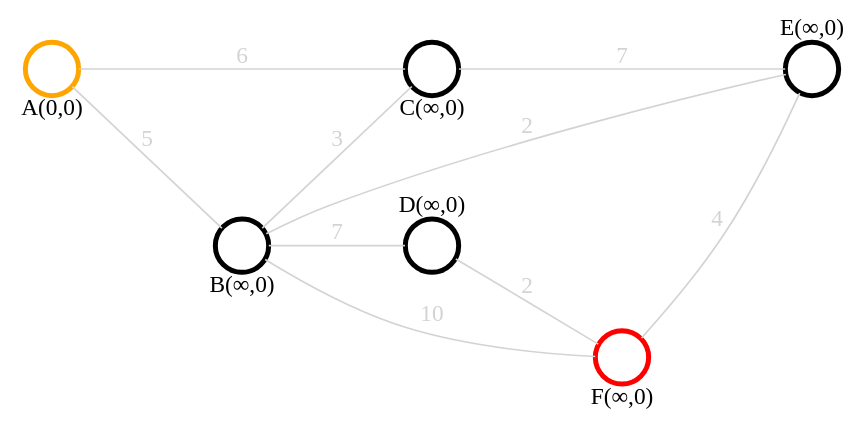
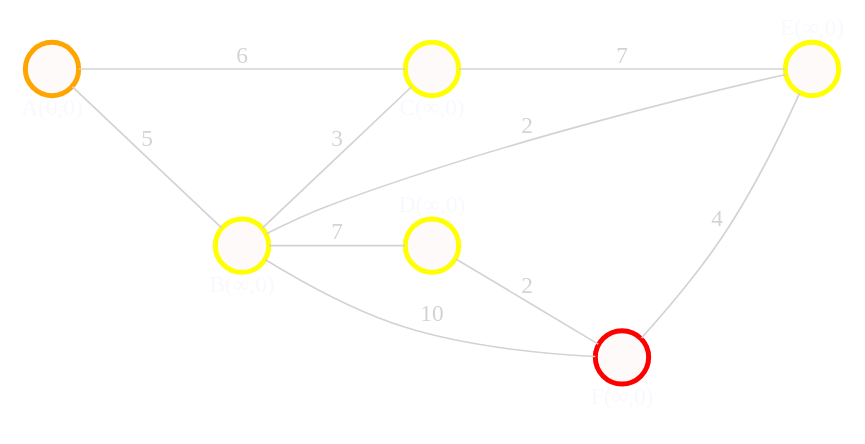
Before and after one commit to dgudim2/obsidian_vault: the first of 6 diagrams in uni/Discrete math/Graphs/Graphs - shortest path.md, drawn with Graphviz. The commit also changed other lines of this file and 7 other files, not shown here.

````diff
--- a/uni/Discrete math/Graphs/Graphs - shortest path.md
+++ b/uni/Discrete math/Graphs/Graphs - shortest path.md
@@ -68,44 +68,44 @@
 ```dot 
 graph neato { 
 
 bgcolor="transparent" 
 
 rankdir="LR"
 
 graph [layout = dot, ranksep=1,nodesep=.5] 
 
 subgraph cluster_space {
 	graph [peripheries=0]
 	
 	node [shape = circle, 
 	      style = filled, 
 	      width=0.45, 
 	      height=0.45, 
-	      color=darkyellow, 
-	      fillcolor=white, 
-	      fontcolor=brightwhite,
+	      color=yellow, 
+	      fillcolor=snow, 
+	      fontcolor=ghostwhite,
 	      fixedsize=true,
 	      penwidth=3]  
 	
 	a [label="\n\n\nA(0,0)",color=orange]
 	b [label="\n\n\nB(∞,0)"]
 	c [label="\n\n\nC(∞,0)"]
 	d [label="D(∞,0)\n\n\n\n"]
 	e [label="E(∞,0)\n\n\n\n"]
 	f [label="\n\n\nF(∞,0)",color=red]
 	
 	edge [color=lightgray, fontcolor=lightgray]  
 	
 	a -- b [label="5",weight=5]
 	a -- c [label="6",weight=6]
 	b -- e [label="2",weight=2]
 	b -- f [label="10",weight=10]
 	b -- c [label="3",weight=3]
 	b -- d [label="7",weight=7]
 	c -- e [label="7",weight=7]
 	d -- f [label="2",weight=2]
 	f -- e [label="4",weight=4]
 	
 	}
 } 
 ```
````
